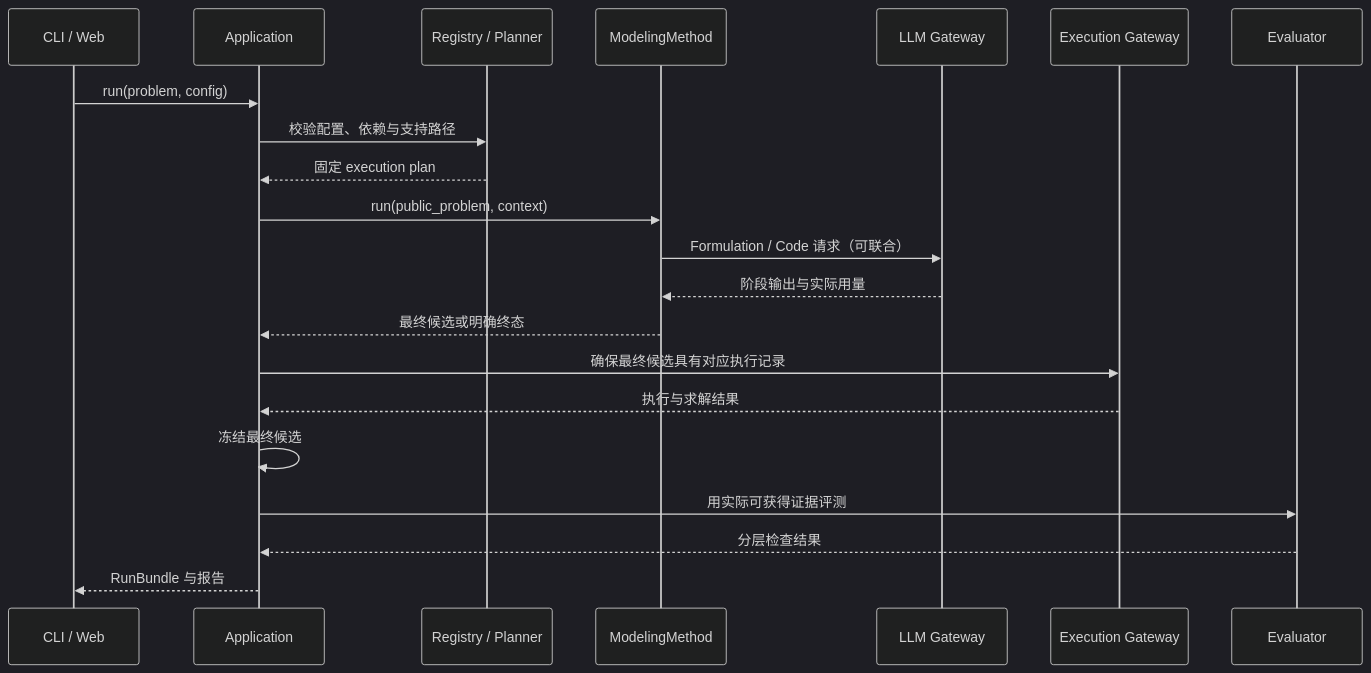
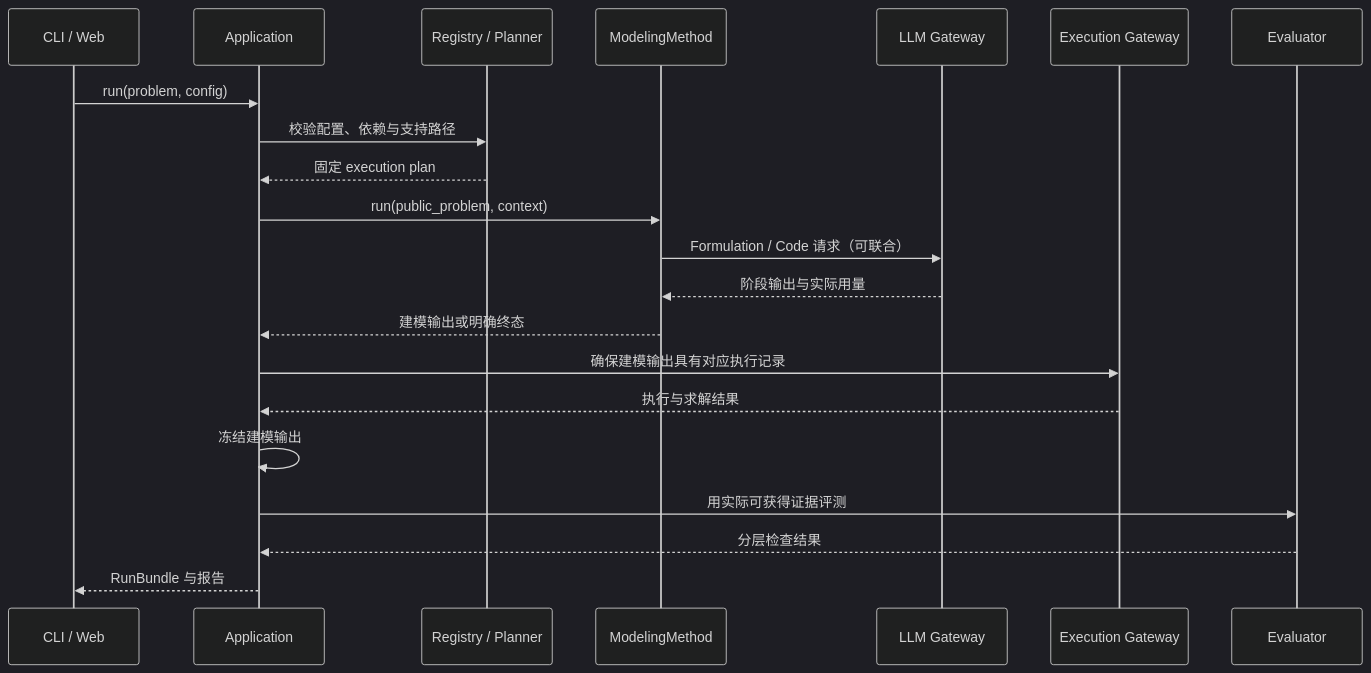
The diagram in docs/design/modeling-methods.md (Fangziyang0910/LLM4OM), drawn with Mermaid (dark theme) before and after one commit. The commit also changed other lines of this file and 98 other files, not shown here.

````diff
--- a/docs/design/modeling-methods.md
+++ b/docs/design/modeling-methods.md
@@ -19,23 +19,23 @@
 ```mermaid
 sequenceDiagram
     participant U as CLI / Web
     participant A as Application
     participant P as Registry / Planner
     participant M as ModelingMethod
     participant L as LLM Gateway
     participant X as Execution Gateway
     participant E as Evaluator
     U->>A: run(problem, config)
     A->>P: 校验配置、依赖与支持路径
     P-->>A: 固定 execution plan
     A->>M: run(public_problem, context)
     M->>L: Formulation / Code 请求（可联合）
     L-->>M: 阶段输出与实际用量
-    M-->>A: 最终候选或明确终态
-    A->>X: 确保最终候选具有对应执行记录
+    M-->>A: 建模输出或明确终态
+    A->>X: 确保建模输出具有对应执行记录
     X-->>A: 执行与求解结果
-    A->>A: 冻结最终候选
+    A->>A: 冻结建模输出
     A->>E: 用实际可获得证据评测
     E-->>A: 分层检查结果
     A-->>U: RunBundle 与报告
 ```
````
